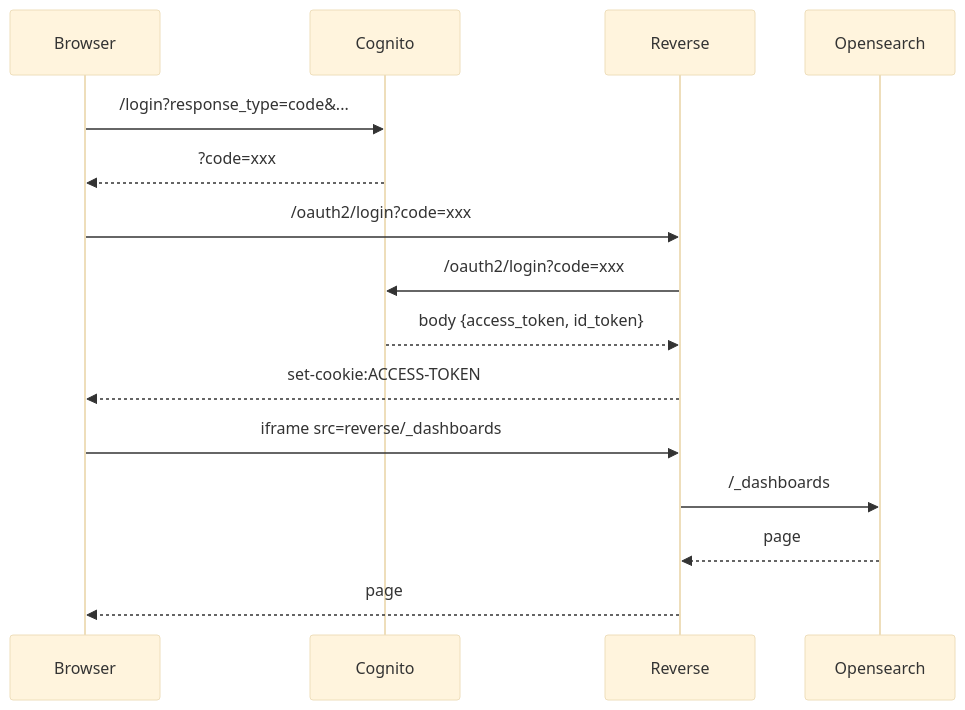
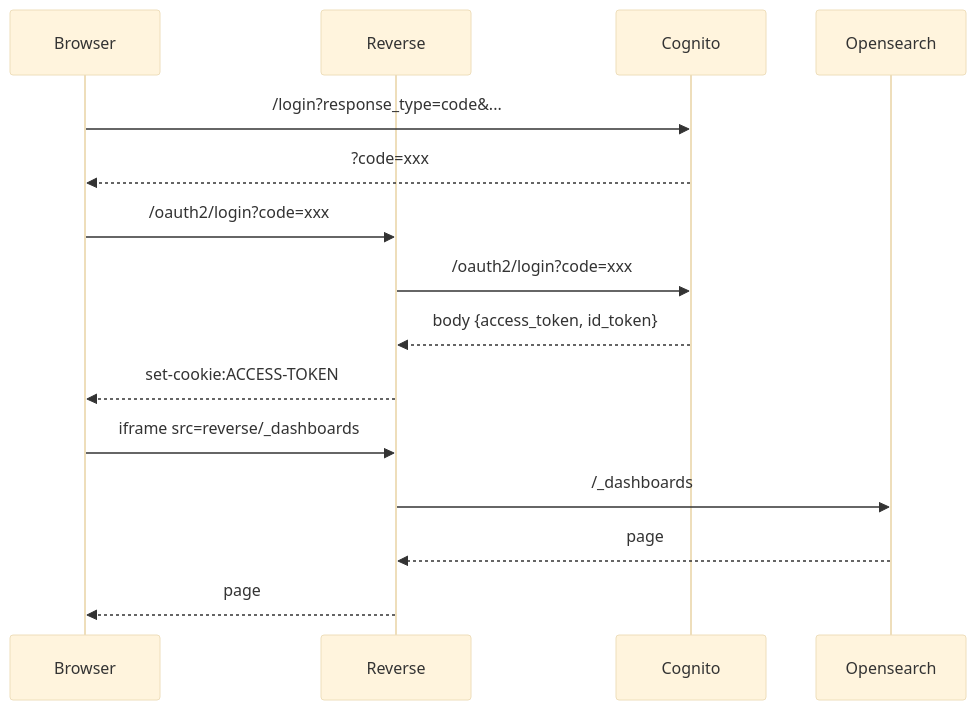
Before and after one commit to orlandobrea/opensearch-dashboard-login: the diagram in README.md, drawn with Mermaid (base theme).

````diff
--- a/README.md
+++ b/README.md
@@ -15,13 +15,17 @@
 ```mermaid
 sequenceDiagram
+    participant Browser 
+    participant Reverse 
+    participant Cognito 
+    participant Opensearch 
     Browser->>Cognito: /login?response_type=code&...
     Cognito-->>Browser: ?code=xxx
     Browser->>Reverse: /oauth2/login?code=xxx
     Reverse->>Cognito: /oauth2/login?code=xxx
     Cognito-->>Reverse: body {access_token, id_token}
     Reverse-->>Browser: set-cookie:ACCESS-TOKEN
     Browser->>Reverse: iframe src=reverse/_dashboards
     Reverse->>Opensearch: /_dashboards
     Opensearch-->>Reverse: page
     Reverse-->>Browser: page
 ```
````
